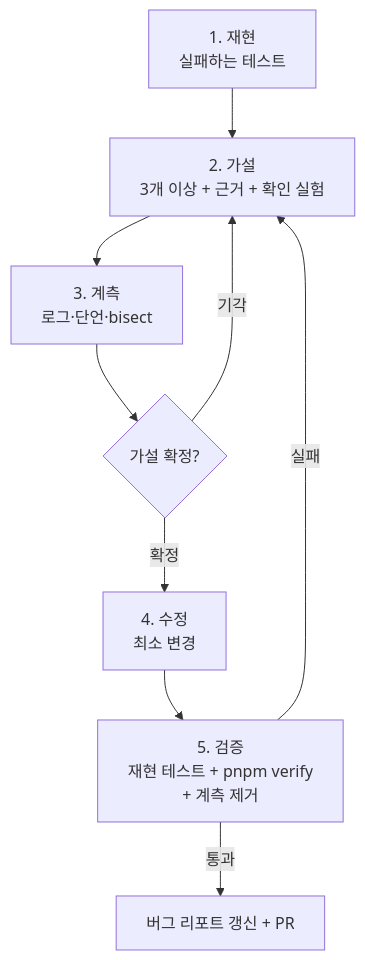
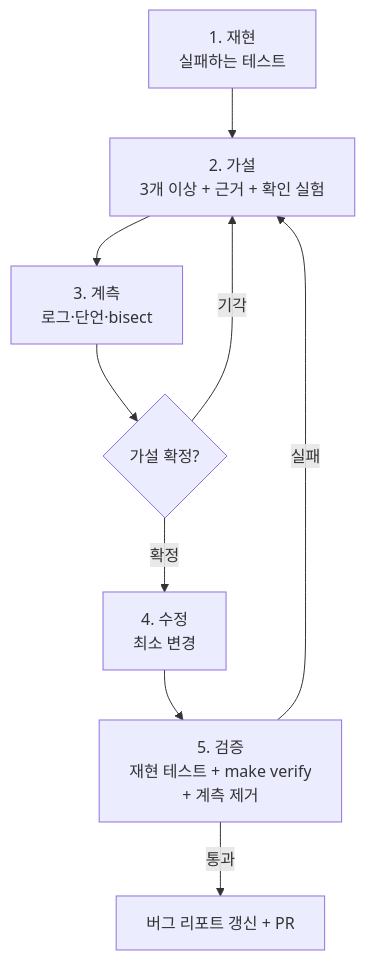
The diagram in modules/03-agentic-workflow/03-5-debugging.md (DataDynamics/ai-development-guide), drawn with Mermaid before and after one commit. The commit also changed other lines of this file and 5 other files, not shown here.

````diff
--- a/modules/03-agentic-workflow/03-5-debugging.md
+++ b/modules/03-agentic-workflow/03-5-debugging.md
@@ -56,11 +56,11 @@
 ```mermaid
 flowchart TD
     R[1. 재현<br/>실패하는 테스트] --> H[2. 가설<br/>3개 이상 + 근거 + 확인 실험]
     H --> I[3. 계측<br/>로그·단언·bisect]
     I --> J{가설 확정?}
     J -- 기각 --> H
     J -- 확정 --> F[4. 수정<br/>최소 변경]
-    F --> V[5. 검증<br/>재현 테스트 + pnpm verify<br/>+ 계측 제거]
+    F --> V[5. 검증<br/>재현 테스트 + make verify<br/>+ 계측 제거]
     V -- 실패 --> H
     V -- 통과 --> P[버그 리포트 갱신 + PR]
 ```
````
